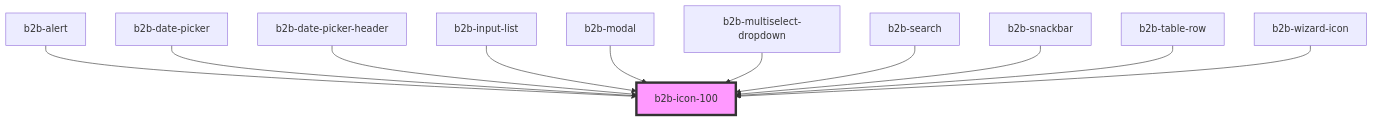
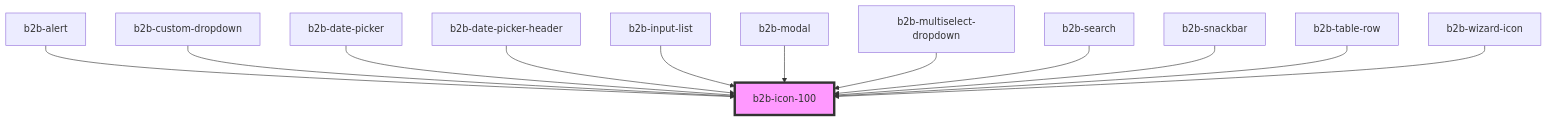
One commit to otto-de/b2b-design-system changed the diagram in packages/core-components/src/components/icon-100/readme.md. Above: the diagram before and after it, drawn with Mermaid. The commit also changed other lines of this file and 11 other files, not shown here.

Commit message:
feat(Custom-dropdown): [NEPTUNE-4831] add new custom-dropdown components with styling

````diff
--- a/packages/core-components/src/components/icon-100/readme.md
+++ b/packages/core-components/src/components/icon-100/readme.md
@@ -35,14 +36,15 @@
 ```mermaid
 graph TD;
   b2b-alert --> b2b-icon-100
+  b2b-custom-dropdown --> b2b-icon-100
   b2b-date-picker --> b2b-icon-100
   b2b-date-picker-header --> b2b-icon-100
   b2b-input-list --> b2b-icon-100
   b2b-modal --> b2b-icon-100
   b2b-multiselect-dropdown --> b2b-icon-100
   b2b-search --> b2b-icon-100
   b2b-snackbar --> b2b-icon-100
   b2b-table-row --> b2b-icon-100
   b2b-wizard-icon --> b2b-icon-100
   style b2b-icon-100 fill:#f9f,stroke:#333,stroke-width:4px
 ```
````
